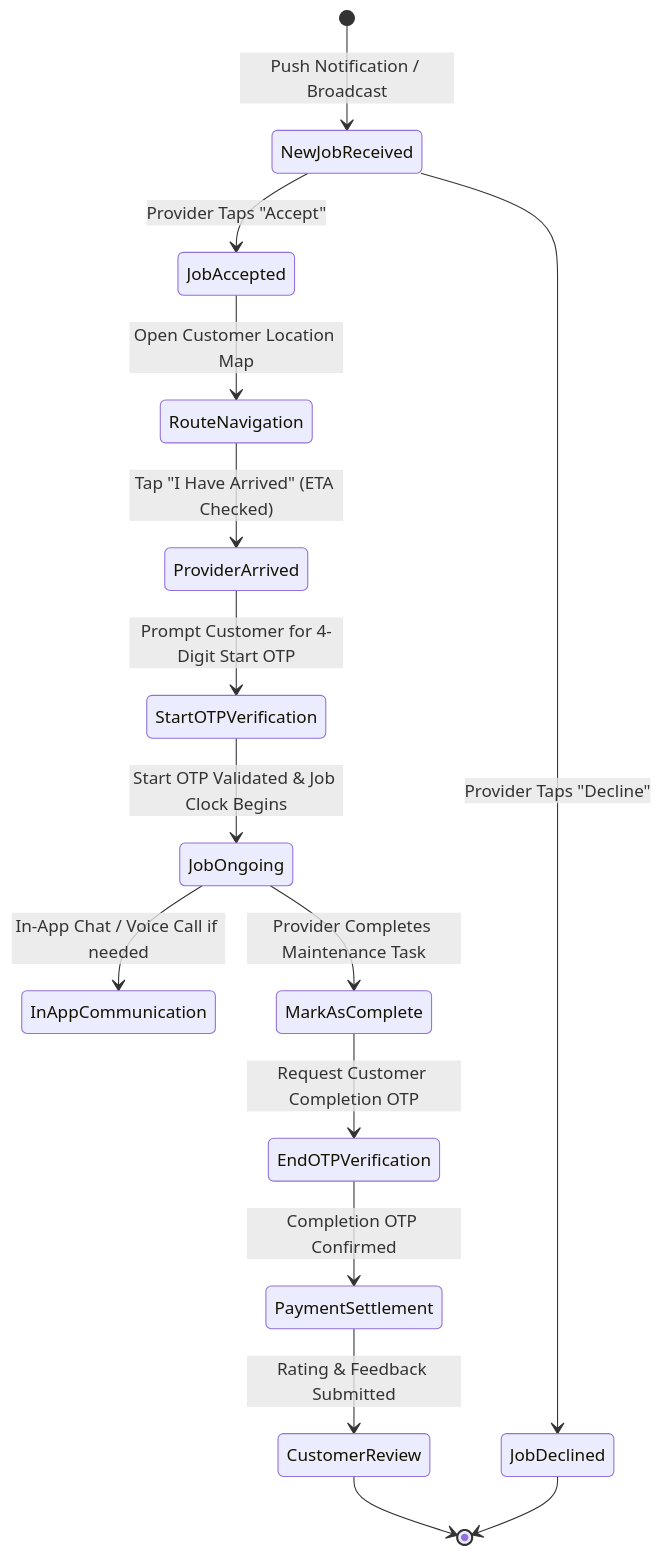
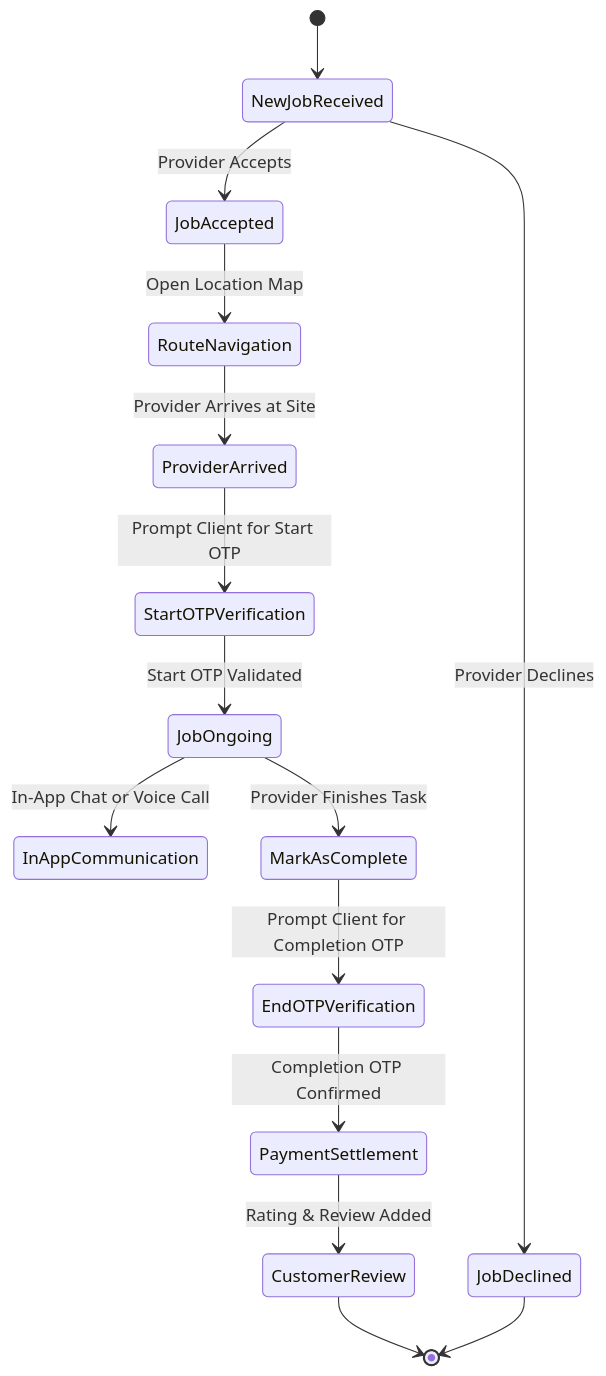
The third of 4 diagrams in README.md (Prakhyat05/Fixora), drawn with Mermaid before and after one commit. The commit also changed other lines of this file, not shown here.

Commit message:
docs: fix Mermaid diagram syntax for GitHub renderer compatibility

````diff
--- a/README.md
+++ b/README.md
@@ -148,21 +148,21 @@
 ```mermaid
 stateDiagram-v2
-    [*] --> NewJobReceived: Push Notification / Broadcast
-    NewJobReceived --> JobAccepted: Provider Taps "Accept"
-    NewJobReceived --> JobDeclined: Provider Taps "Decline"
+    [*] --> NewJobReceived
+    NewJobReceived --> JobAccepted : Provider Accepts
+    NewJobReceived --> JobDeclined : Provider Declines
     JobDeclined --> [*]
 
-    JobAccepted --> RouteNavigation: Open Customer Location Map
-    RouteNavigation --> ProviderArrived: Tap "I Have Arrived" (ETA Checked)
+    JobAccepted --> RouteNavigation : Open Location Map
+    RouteNavigation --> ProviderArrived : Provider Arrives at Site
 
-    ProviderArrived --> StartOTPVerification: Prompt Customer for 4-Digit Start OTP
-    StartOTPVerification --> JobOngoing: Start OTP Validated & Job Clock Begins
+    ProviderArrived --> StartOTPVerification : Prompt Client for Start OTP
+    StartOTPVerification --> JobOngoing : Start OTP Validated
 
-    JobOngoing --> InAppCommunication: In-App Chat / Voice Call if needed
-    JobOngoing --> MarkAsComplete: Provider Completes Maintenance Task
+    JobOngoing --> InAppCommunication : In-App Chat or Voice Call
+    JobOngoing --> MarkAsComplete : Provider Finishes Task
 
-    MarkAsComplete --> EndOTPVerification: Request Customer Completion OTP
-    EndOTPVerification --> PaymentSettlement: Completion OTP Confirmed
-    PaymentSettlement --> CustomerReview: Rating & Feedback Submitted
+    MarkAsComplete --> EndOTPVerification : Prompt Client for Completion OTP
+    EndOTPVerification --> PaymentSettlement : Completion OTP Confirmed
+    PaymentSettlement --> CustomerReview : Rating & Review Added
     CustomerReview --> [*]
 ```
````
